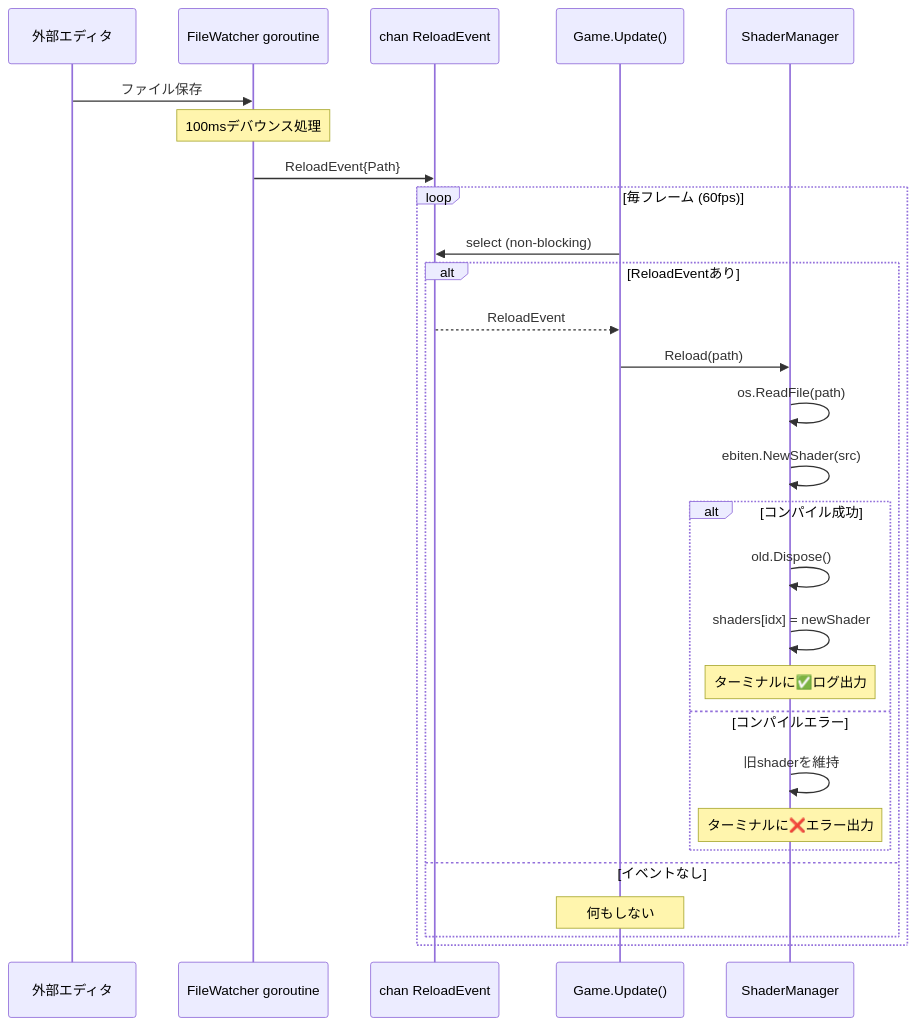
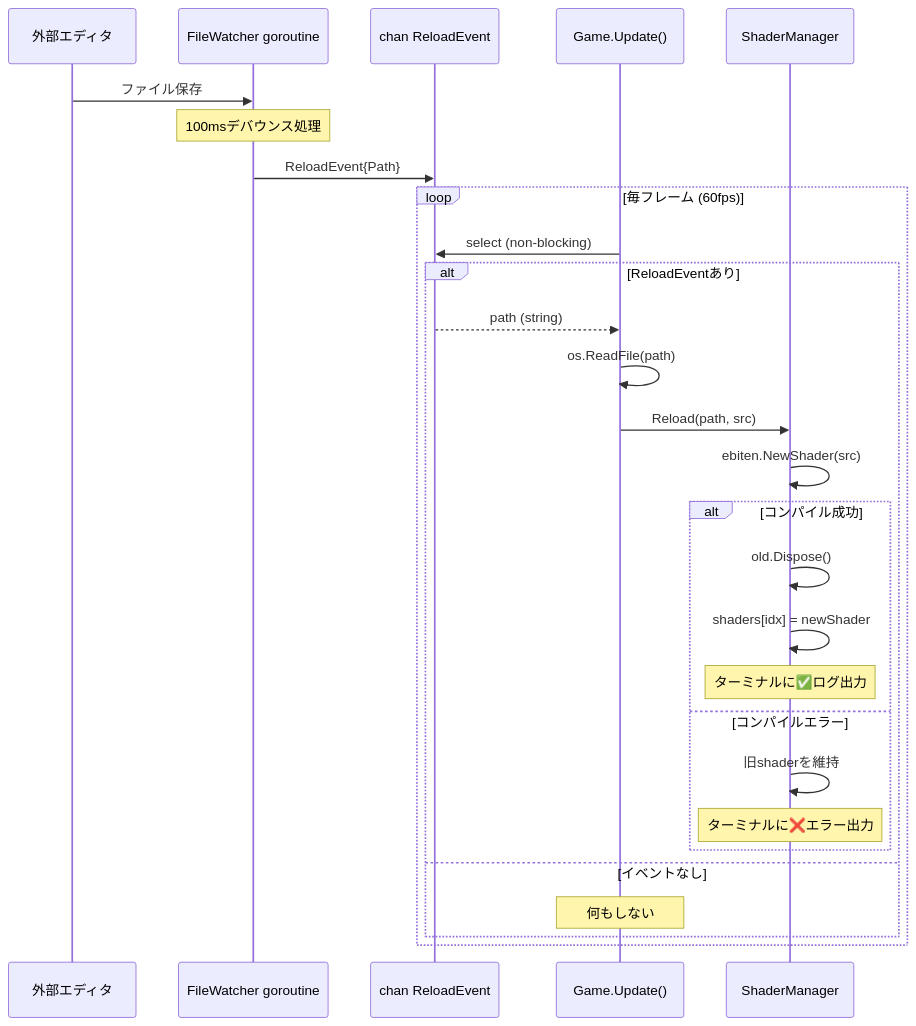
The second of 3 diagrams in docs/architecture-decisions.md (cyokozai/kagelife), drawn with Mermaid before and after one commit. The commit also changed other lines of this file, not shown here.

Commit message:
feat: Update architecture decisions and improve shader reload sequence in documentation

````diff
--- a/docs/architecture-decisions.md
+++ b/docs/architecture-decisions.md
@@ -45,32 +45,32 @@
 ```mermaid
 sequenceDiagram
     participant ED as 外部エディタ
     participant FW as FileWatcher goroutine
     participant CH as chan ReloadEvent
     participant UPD as Game.Update()
     participant SM as ShaderManager
 
     ED->>FW: ファイル保存
     Note over FW: 100msデバウンス処理
     FW->>CH: ReloadEvent{Path}
 
     loop 毎フレーム (60fps)
         UPD->>CH: select (non-blocking)
         alt ReloadEventあり
-            CH-->>UPD: ReloadEvent
-            UPD->>SM: Reload(path)
-            SM->>SM: os.ReadFile(path)
+            CH-->>UPD: path (string)
+            UPD->>UPD: os.ReadFile(path)
+            UPD->>SM: Reload(path, src)
             SM->>SM: ebiten.NewShader(src)
             alt コンパイル成功
                 SM->>SM: old.Dispose()
                 SM->>SM: shaders[idx] = newShader
                 Note over SM: ターミナルに✅ログ出力
             else コンパイルエラー
                 SM->>SM: 旧shaderを維持
                 Note over SM: ターミナルに❌エラー出力
             end
         else イベントなし
             Note over UPD: 何もしない
         end
     end
 ```
````
